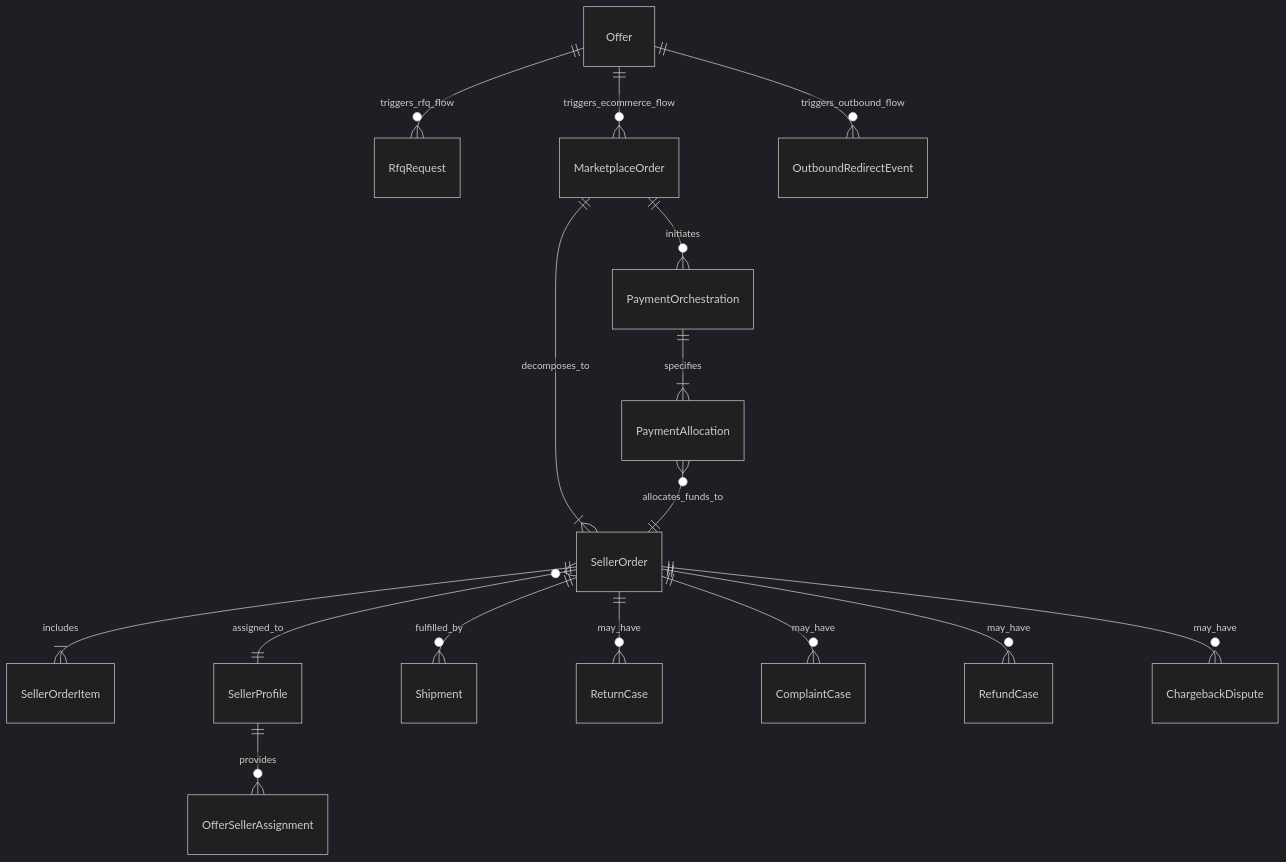
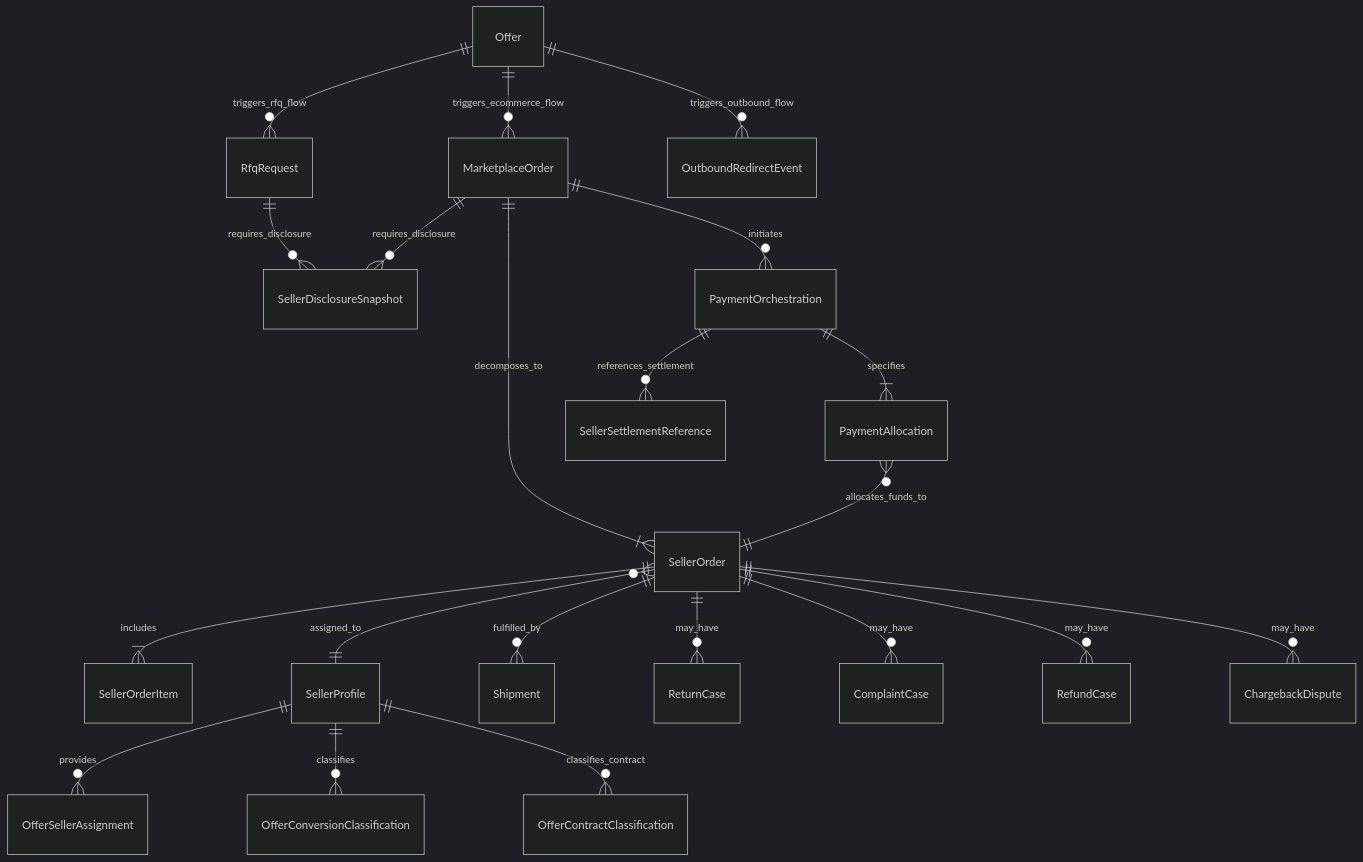
One commit to pfipl1975/logimarket_marketplace changed the diagram in docs/domain/lm-marketplace-data-model-56b0-logical-model.md. Above: the diagram before and after it, drawn with Mermaid (dark theme). The commit also changed other lines of this file and 4 other files, not shown here.

````diff
--- a/docs/domain/lm-marketplace-data-model-56b0-logical-model.md
+++ b/docs/domain/lm-marketplace-data-model-56b0-logical-model.md
@@ -196,21 +252,28 @@
 ```mermaid
 erDiagram
     Offer ||--o{ RfqRequest : triggers_rfq_flow
     Offer ||--o{ MarketplaceOrder : triggers_ecommerce_flow
     Offer ||--o{ OutboundRedirectEvent : triggers_outbound_flow
-    
+
+    RfqRequest ||--o{ SellerDisclosureSnapshot : requires_disclosure
+    MarketplaceOrder ||--o{ SellerDisclosureSnapshot : requires_disclosure
+
     MarketplaceOrder ||--|{ SellerOrder : decomposes_to
     MarketplaceOrder ||--o{ PaymentOrchestration : initiates
-    
+
     PaymentOrchestration ||--|{ PaymentAllocation : specifies
     PaymentAllocation }o--|| SellerOrder : allocates_funds_to
-    
+    PaymentOrchestration ||--o{ SellerSettlementReference : references_settlement
+
     SellerOrder ||--|{ SellerOrderItem : includes
     SellerOrder }o--|| SellerProfile : assigned_to
     SellerOrder ||--o{ Shipment : fulfilled_by
     SellerOrder ||--o{ ReturnCase : may_have
     SellerOrder ||--o{ ComplaintCase : may_have
     SellerOrder ||--o{ RefundCase : may_have
     SellerOrder ||--o{ ChargebackDispute : may_have
+
     SellerProfile ||--o{ OfferSellerAssignment : provides
+    SellerProfile ||--o{ OfferConversionClassification : classifies
+    SellerProfile ||--o{ OfferContractClassification : classifies_contract
 ```
````
